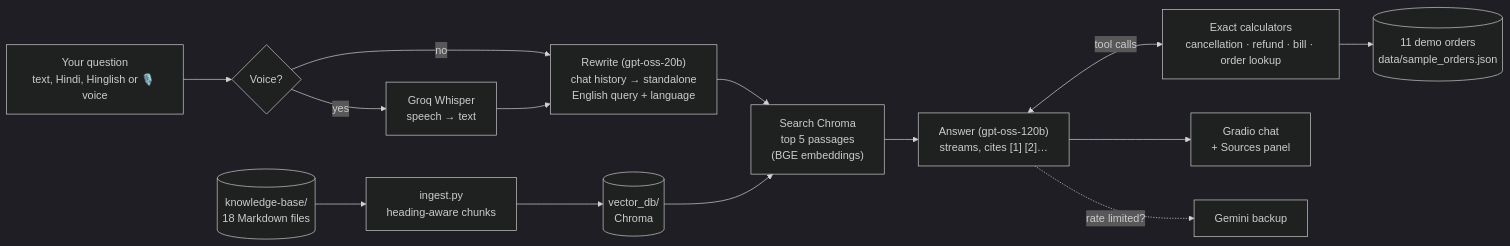
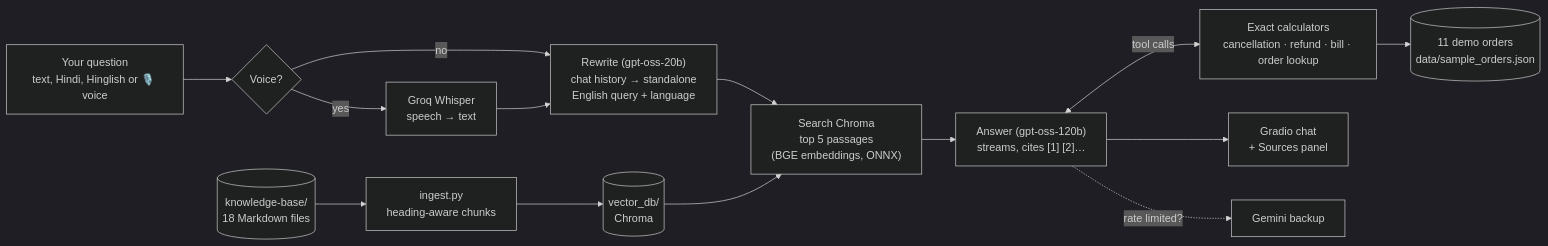
One commit to C0derANANT/ai-engineering-projects changed the diagram in 03-Food-Delivery-RAG/README.md. Above: the diagram before and after it, drawn with Mermaid (dark theme). The commit also changed other lines of this file and 18 other files, not shown here.

````diff
--- a/03-Food-Delivery-RAG/README.md
+++ b/03-Food-Delivery-RAG/README.md
@@ -19,15 +19,15 @@
 ```mermaid
 flowchart LR
     Q["Your question<br/>text, Hindi, Hinglish or 🎙️ voice"] --> STT{"Voice?"}
     STT -- yes --> W["Groq Whisper<br/>speech → text"]
     STT -- no --> R
     W --> R["Rewrite (gpt-oss-20b)<br/>chat history → standalone<br/>English query + language"]
-    R --> S["Search Chroma<br/>top 5 passages<br/>(BGE embeddings)"]
+    R --> S["Search Chroma<br/>top 5 passages<br/>(BGE embeddings, ONNX)"]
     S --> A["Answer (gpt-oss-120b)<br/>streams, cites [1] [2]…"]
     A <-->|"tool calls"| T["Exact calculators<br/>cancellation · refund · bill · order lookup"]
     T --> D[("11 demo orders<br/>data/sample_orders.json")]
     A --> UI["Gradio chat<br/>+ Sources panel"]
     A -. "rate limited?" .-> G["Gemini backup"]
     KB[("knowledge-base/<br/>18 Markdown files")] --> IDX["ingest.py<br/>heading-aware chunks"] --> V[("vector_db/<br/>Chroma")]
     V --> S
 ```
````
